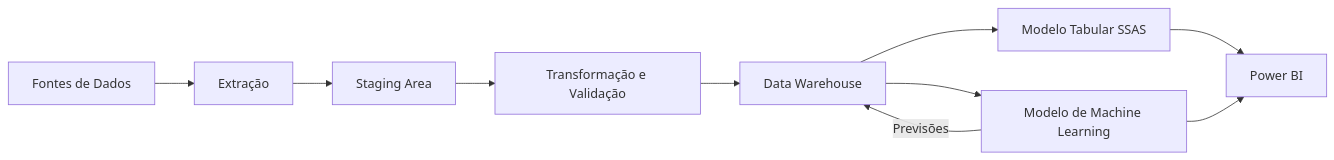
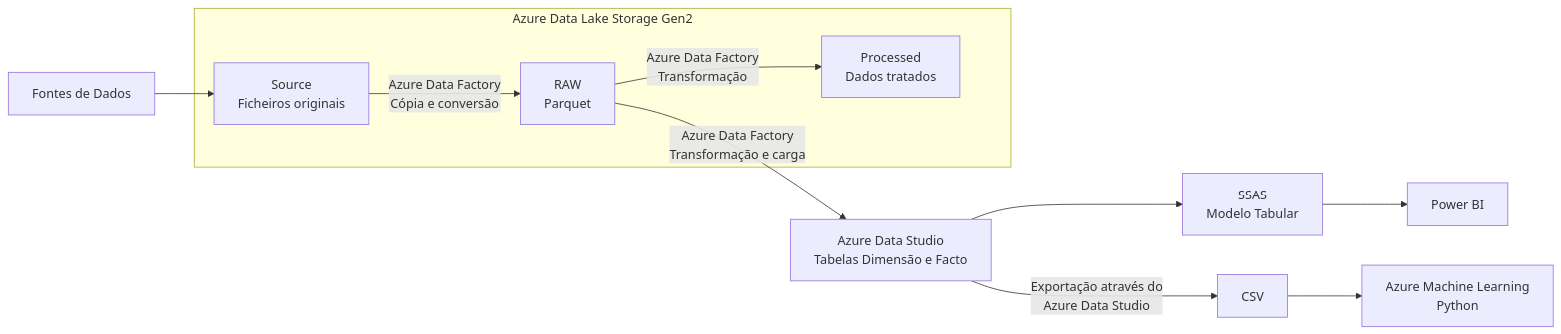
Before and after one commit to anaamartins/Forecast-Vendas: the diagram in README.md, drawn with Mermaid. The commit also changed other lines of this file, not shown here.

First line of the commit message:
Revise project overview and architecture details

````diff
--- a/README.md
+++ b/README.md
@@ -31,12 +29,27 @@
 ```mermaid
 flowchart LR
-    A[Fontes de Dados] --> B[Extração]
-    B --> C[Staging Area]
-    C --> D[Transformação e Validação]
-    D --> E[Data Warehouse]
-    E --> F[Modelo Tabular SSAS]
-    E --> G[Modelo de Machine Learning]
-    G -->|Previsões| E
-    F --> H[Power BI]
-    G --> H
+    A[Fontes de Dados]
+
+    subgraph ADLS[Azure Data Lake Storage Gen2]
+        B[Source<br/>Ficheiros originais]
+        C[RAW<br/>Parquet]
+        D[Processed<br/>Dados tratados]
+    end
+
+    E[Azure Data Studio<br/>Tabelas Dimensão e Facto]
+    F[SSAS<br/>Modelo Tabular]
+    G[Power BI]
+    H[CSV]
+    I[Azure Machine Learning<br/>Python]
+
+    A --> B
+    B -->|Azure Data Factory<br/>Cópia e conversão| C
+    C -->|Azure Data Factory<br/>Transformação| D
+    C -->|Azure Data Factory<br/>Transformação e carga| E
+
+    E --> F
+    F --> G
+
+    E -->|Exportação através do<br/>Azure Data Studio| H
+    H --> I
 ```
````
